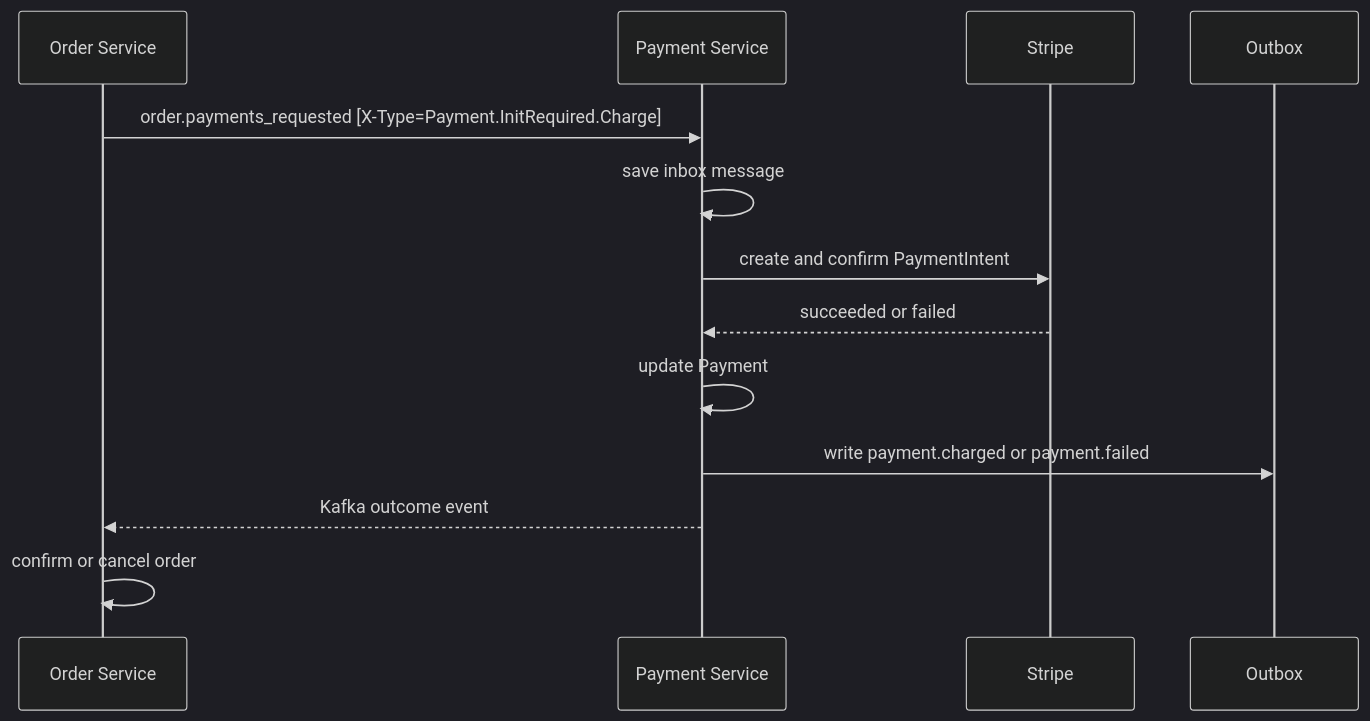
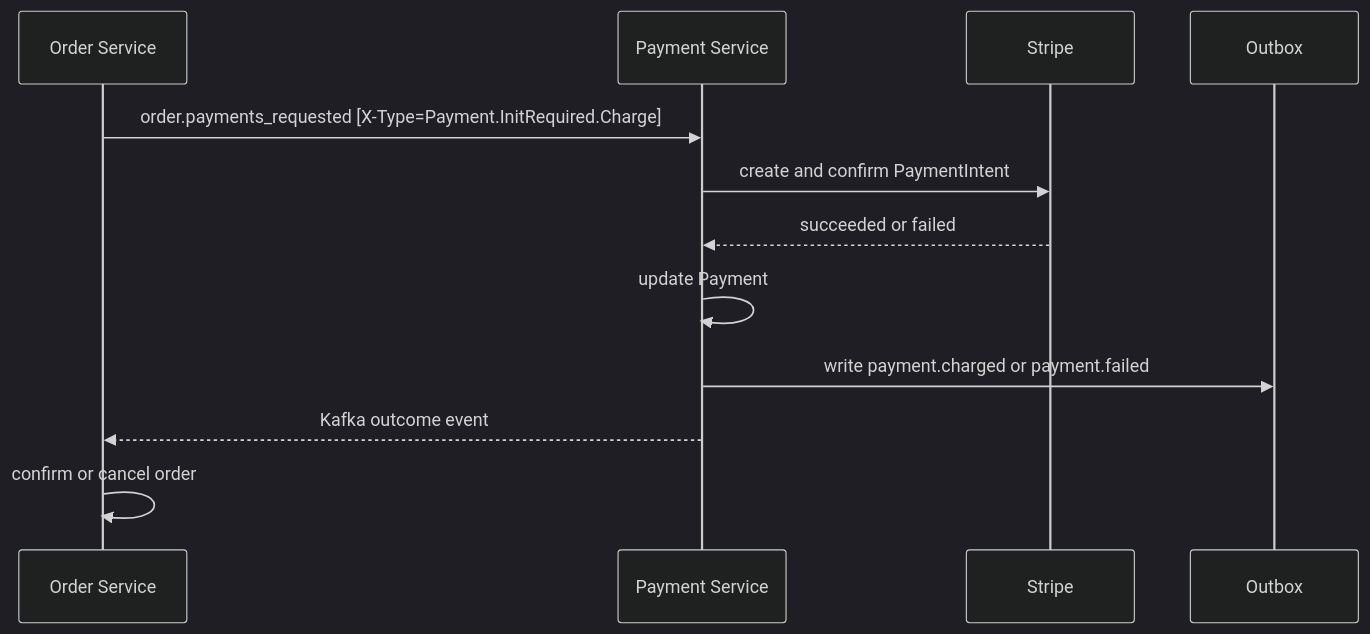
One commit to RallyDeals/rally-docs changed the second of 7 diagrams in services docs/payment_service.md. Above: the diagram before and after it, drawn with Mermaid (dark theme). The commit also changed other lines of this file, not shown here.

First line of the commit message:
Revise payment service documentation and schema

````diff
--- a/services docs/payment_service.md
+++ b/services docs/payment_service.md
@@ -577,16 +623,15 @@
 ```mermaid
 sequenceDiagram
     participant O as Order Service
     participant P as Payment Service
     participant S as Stripe
     participant X as Outbox
 
     O->>P: order.payments_requested [X-Type=Payment.InitRequired.Charge]
-    P->>P: save inbox message
     P->>S: create and confirm PaymentIntent
     S-->>P: succeeded or failed
     P->>P: update Payment
     P->>X: write payment.charged or payment.failed
     P-->>O: Kafka outcome event
     O->>O: confirm or cancel order
 ```
````
